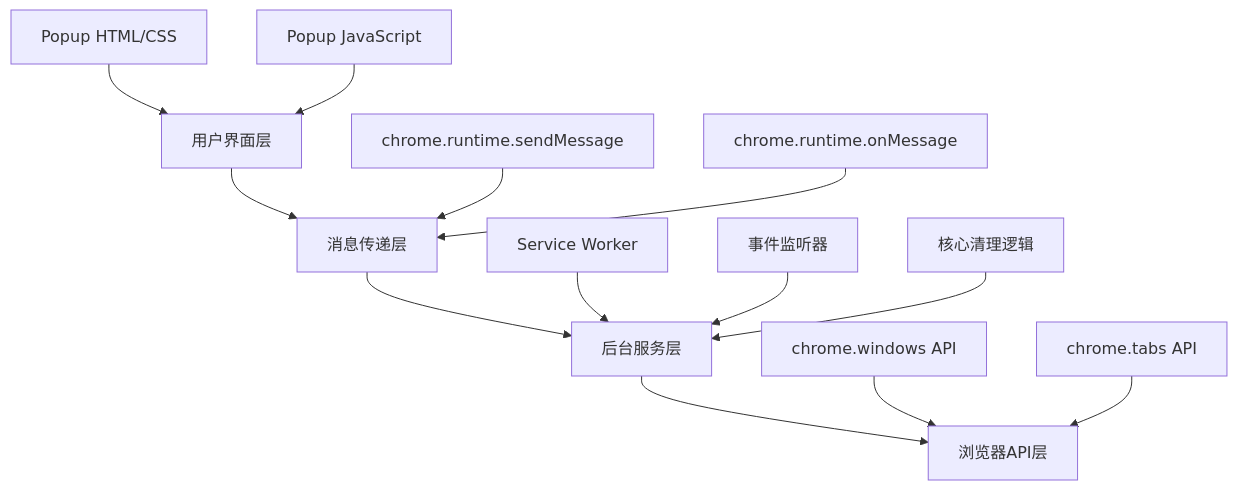
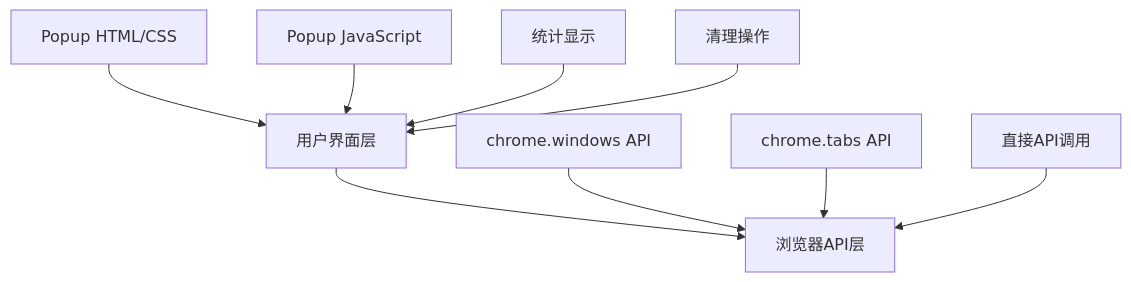
The first of 2 diagrams in .kiro/specs/duplicate-window-cleaner/design.md (xieweixiewei/clear), drawn with Mermaid before and after one commit. The commit also changed other lines of this file and 2 other files, not shown here.

````diff
--- a/.kiro/specs/duplicate-window-cleaner/design.md
+++ b/.kiro/specs/duplicate-window-cleaner/design.md
@@ -13,19 +13,13 @@
 ```mermaid
 graph TB
-    A[用户界面层] --> B[消息传递层]
-    B --> C[后台服务层]
-    C --> D[浏览器API层]
+    A[用户界面层] --> B[浏览器API层]
     
     A1[Popup HTML/CSS] --> A
     A2[Popup JavaScript] --> A
+    A3[统计显示] --> A
+    A4[清理操作] --> A
     
-    B1[chrome.runtime.sendMessage] --> B
-    B2[chrome.runtime.onMessage] --> B
-    
-    C1[Service Worker] --> C
-    C2[事件监听器] --> C
-    C3[核心清理逻辑] --> C
-    
-    D1[chrome.windows API] --> D
-    D2[chrome.tabs API] --> D
+    B1[chrome.windows API] --> B
+    B2[chrome.tabs API] --> B
+    B3[直接API调用] --> B
 ```
````
